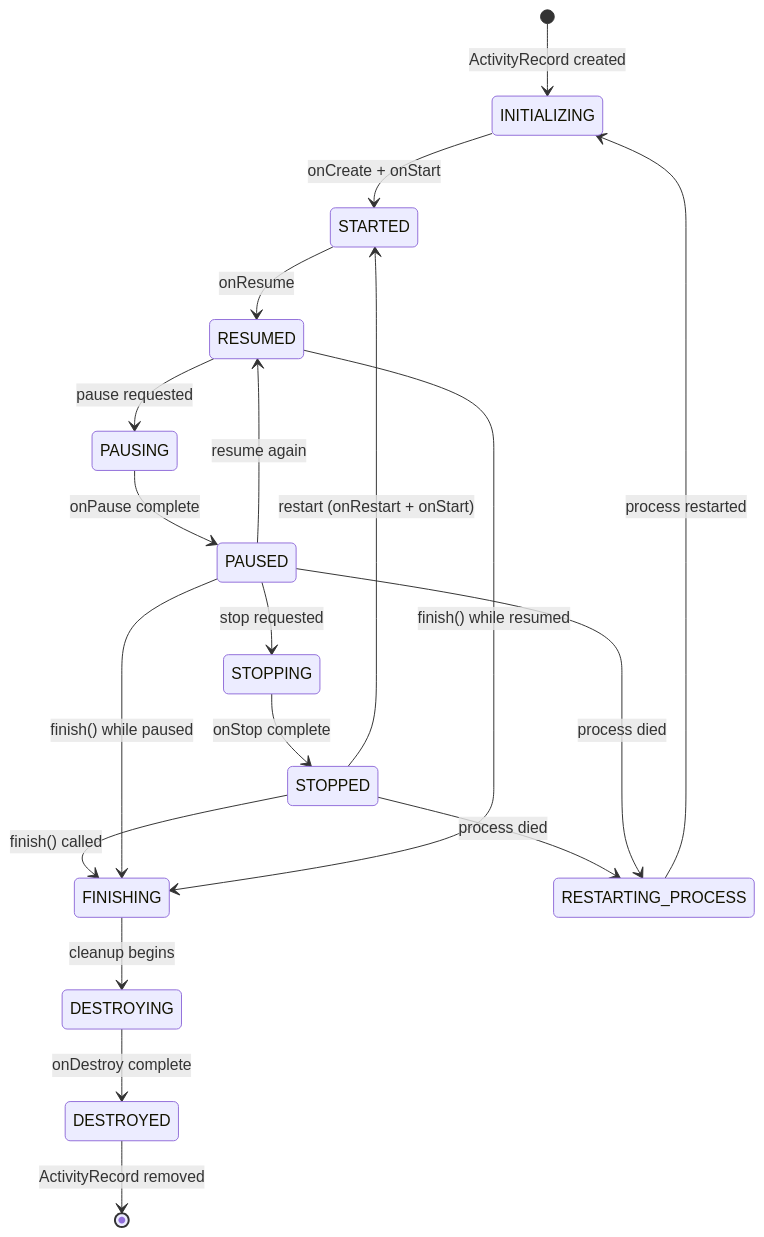
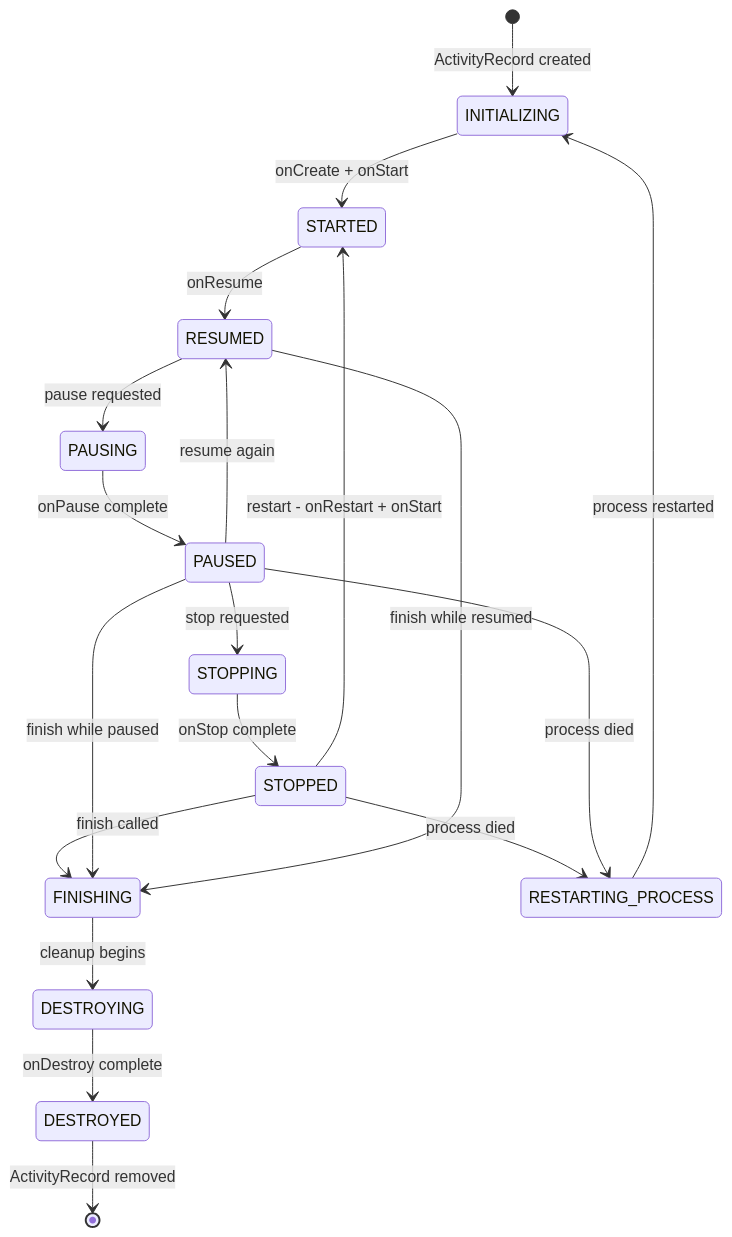
One commit to fwrite0920/aosp-internal-book changed the second of 41 diagrams in 22-activity-and-window.md. Above: the diagram before and after it, drawn with Mermaid. The commit also changed other lines of this file and 6 other files, not shown here.

First line of the commit message:
Fix Mermaid diagrams and formatting in Parts V-VI (chapters 18-25)

````diff
--- a/22-activity-and-window.md
+++ b/22-activity-and-window.md
@@ -316,21 +316,21 @@
 ```mermaid
 stateDiagram-v2
     [*] --> INITIALIZING: ActivityRecord created
     INITIALIZING --> STARTED: onCreate + onStart
     STARTED --> RESUMED: onResume
     RESUMED --> PAUSING: pause requested
     PAUSING --> PAUSED: onPause complete
     PAUSED --> STOPPING: stop requested
     PAUSED --> RESUMED: resume again
     STOPPING --> STOPPED: onStop complete
-    STOPPED --> STARTED: restart (onRestart + onStart)
-    STOPPED --> FINISHING: finish() called
-    PAUSED --> FINISHING: finish() while paused
-    RESUMED --> FINISHING: finish() while resumed
+    STOPPED --> STARTED: restart - onRestart + onStart
+    STOPPED --> FINISHING: finish called
+    PAUSED --> FINISHING: finish while paused
+    RESUMED --> FINISHING: finish while resumed
     FINISHING --> DESTROYING: cleanup begins
     DESTROYING --> DESTROYED: onDestroy complete
     DESTROYED --> [*]: ActivityRecord removed
     STOPPED --> RESTARTING_PROCESS: process died
     PAUSED --> RESTARTING_PROCESS: process died
     RESTARTING_PROCESS --> INITIALIZING: process restarted
 ```
````
